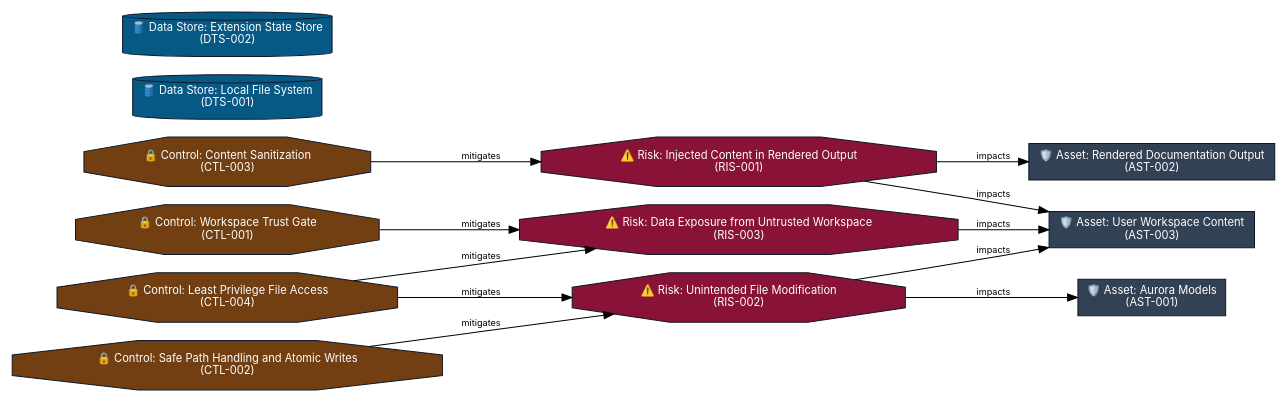
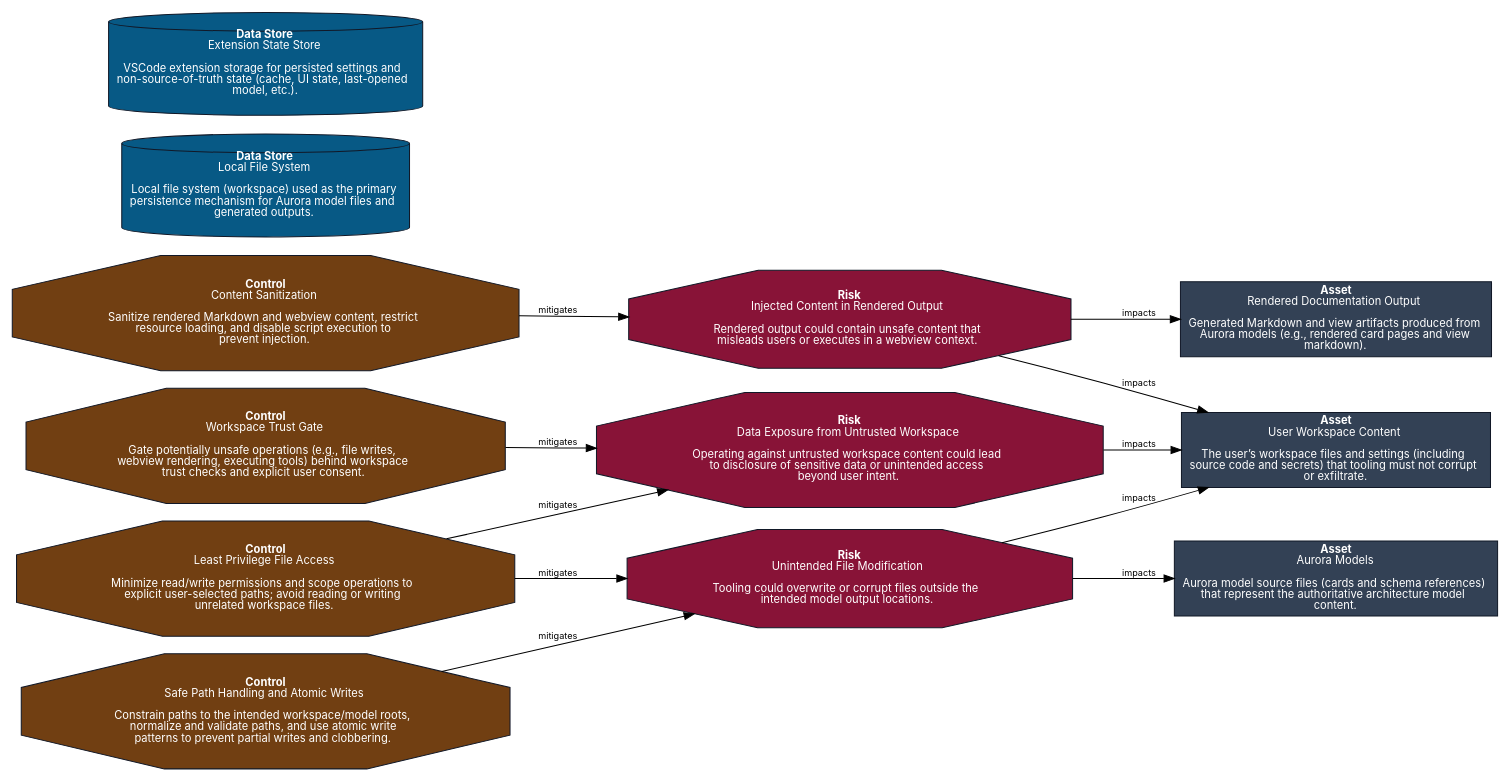
The diagram in docs/design/MIS-001-Provide_Default_Tooling_for_AURORA/Views/source/Privacy_and_Data_Classification.view.dot (JEleniel/aurora), drawn with Graphviz before and after one commit. The commit also changed 107 other files, not shown here.

First line of the commit message:
feat(validation): add checks for secret asset ownership

```diff
--- a/docs/design/MIS-001-Provide_Default_Tooling_for_AURORA/Views/source/Privacy_and_Data_Classification.view.dot
+++ b/docs/design/MIS-001-Provide_Default_Tooling_for_AURORA/Views/source/Privacy_and_Data_Classification.view.dot
@@ -1,27 +1,27 @@
 digraph "Privacy and Data Classification View" {
 	graph [bgcolor="#FFFFFF", fontname="Inter", rankdir="LR", splines="spline"];
 	node [color="#111827", fillcolor="#E5E7EB", fontcolor="#111827", fontname="Inter", fontsize="11", shape="box", style="filled"];
 	edge [color="#000000", fontcolor="#000000", fontname="Inter", fontsize="9"];
-	"AST-001" [fillcolor="#334155", fontcolor="#FFFFFF", label="🛡️ Asset: Aurora Models\n(AST-001)", shape="box"];
-	"AST-002" [fillcolor="#334155", fontcolor="#FFFFFF", label="🛡️ Asset: Rendered Documentation Output\n(AST-002)", shape="box"];
-	"AST-003" [fillcolor="#334155", fontcolor="#FFFFFF", label="🛡️ Asset: User Workspace Content\n(AST-003)", shape="box"];
-	"CTL-001" [fillcolor="#713f12", fontcolor="#FFFFFF", label="🔒 Control: Workspace Trust Gate\n(CTL-001)", shape="octagon"];
-	"CTL-002" [fillcolor="#713f12", fontcolor="#FFFFFF", label="🔒 Control: Safe Path Handling and Atomic Writes\n(CTL-002)", shape="octagon"];
-	"CTL-003" [fillcolor="#713f12", fontcolor="#FFFFFF", label="🔒 Control: Content Sanitization\n(CTL-003)", shape="octagon"];
-	"CTL-004" [fillcolor="#713f12", fontcolor="#FFFFFF", label="🔒 Control: Least Privilege File Access\n(CTL-004)", shape="octagon"];
-	"DTS-001" [fillcolor="#075985", fontcolor="#FFFFFF", label="🛢️ Data Store: Local File System\n(DTS-001)", shape="cylinder"];
-	"DTS-002" [fillcolor="#075985", fontcolor="#FFFFFF", label="🛢️ Data Store: Extension State Store\n(DTS-002)", shape="cylinder"];
-	"RIS-001" [fillcolor="#881337", fontcolor="#FFFFFF", label="⚠️ Risk: Injected Content in Rendered Output\n(RIS-001)", shape="octagon"];
-	"RIS-002" [fillcolor="#881337", fontcolor="#FFFFFF", label="⚠️ Risk: Unintended File Modification\n(RIS-002)", shape="octagon"];
-	"RIS-003" [fillcolor="#881337", fontcolor="#FFFFFF", label="⚠️ Risk: Data Exposure from Untrusted Workspace\n(RIS-003)", shape="octagon"];
+	"AST-001" [fillcolor="#334155", fontcolor="#FFFFFF", label=<<FONT><B>Asset</B><br />Aurora Models<br /><br />Aurora model source files (cards and schema references)<br />that represent the authoritative architecture model<br />content.</FONT>>, shape="box"];
+	"AST-002" [fillcolor="#334155", fontcolor="#FFFFFF", label=<<FONT><B>Asset</B><br />Rendered Documentation Output<br /><br />Generated Markdown and view artifacts produced from<br />Aurora models (e.g., rendered card pages and view<br />markdown).</FONT>>, shape="box"];
+	"AST-003" [fillcolor="#334155", fontcolor="#FFFFFF", label=<<FONT><B>Asset</B><br />User Workspace Content<br /><br />The user’s workspace files and settings (including<br />source code and secrets) that tooling must not corrupt<br />or exfiltrate.</FONT>>, shape="box"];
+	"CTL-001" [fillcolor="#713f12", fontcolor="#FFFFFF", label=<<FONT><B>Control</B><br />Workspace Trust Gate<br /><br />Gate potentially unsafe operations (e.g., file writes,<br />webview rendering, executing tools) behind workspace<br />trust checks and explicit user consent.</FONT>>, shape="octagon"];
+	"CTL-002" [fillcolor="#713f12", fontcolor="#FFFFFF", label=<<FONT><B>Control</B><br />Safe Path Handling and Atomic Writes<br /><br />Constrain paths to the intended workspace/model roots,<br />normalize and validate paths, and use atomic write<br />patterns to prevent partial writes and clobbering.</FONT>>, shape="octagon"];
+	"CTL-003" [fillcolor="#713f12", fontcolor="#FFFFFF", label=<<FONT><B>Control</B><br />Content Sanitization<br /><br />Sanitize rendered Markdown and webview content, restrict<br />resource loading, and disable script execution to<br />prevent injection.</FONT>>, shape="octagon"];
+	"CTL-004" [fillcolor="#713f12", fontcolor="#FFFFFF", label=<<FONT><B>Control</B><br />Least Privilege File Access<br /><br />Minimize read/write permissions and scope operations to<br />explicit user-selected paths; avoid reading or writing<br />unrelated workspace files.</FONT>>, shape="octagon"];
+	"DTS-001" [fillcolor="#075985", fontcolor="#FFFFFF", label=<<FONT><B>Data Store</B><br />Local File System<br /><br />Local file system (workspace) used as the primary<br />persistence mechanism for Aurora model files and<br />generated outputs.</FONT>>, shape="cylinder"];
+	"DTS-002" [fillcolor="#075985", fontcolor="#FFFFFF", label=<<FONT><B>Data Store</B><br />Extension State Store<br /><br />VSCode extension storage for persisted settings and<br />non-source-of-truth state (cache, UI state, last-opened<br />model, etc.).</FONT>>, shape="cylinder"];
+	"RIS-001" [fillcolor="#881337", fontcolor="#FFFFFF", label=<<FONT><B>Risk</B><br />Injected Content in Rendered Output<br /><br />Rendered output could contain unsafe content that<br />misleads users or executes in a webview context.</FONT>>, shape="octagon"];
+	"RIS-002" [fillcolor="#881337", fontcolor="#FFFFFF", label=<<FONT><B>Risk</B><br />Unintended File Modification<br /><br />Tooling could overwrite or corrupt files outside the<br />intended model output locations.</FONT>>, shape="octagon"];
+	"RIS-003" [fillcolor="#881337", fontcolor="#FFFFFF", label=<<FONT><B>Risk</B><br />Data Exposure from Untrusted Workspace<br /><br />Operating against untrusted workspace content could lead<br />to disclosure of sensitive data or unintended access<br />beyond user intent.</FONT>>, shape="octagon"];
 	"CTL-001" -> "RIS-003" [label="mitigates"];
 	"CTL-002" -> "RIS-002" [label="mitigates"];
 	"CTL-003" -> "RIS-001" [label="mitigates"];
 	"CTL-004" -> "RIS-002" [label="mitigates"];
 	"CTL-004" -> "RIS-003" [label="mitigates"];
 	"RIS-001" -> "AST-002" [label="impacts"];
 	"RIS-001" -> "AST-003" [label="impacts"];
 	"RIS-002" -> "AST-001" [label="impacts"];
 	"RIS-002" -> "AST-003" [label="impacts"];
 	"RIS-003" -> "AST-003" [label="impacts"];
 }
```
